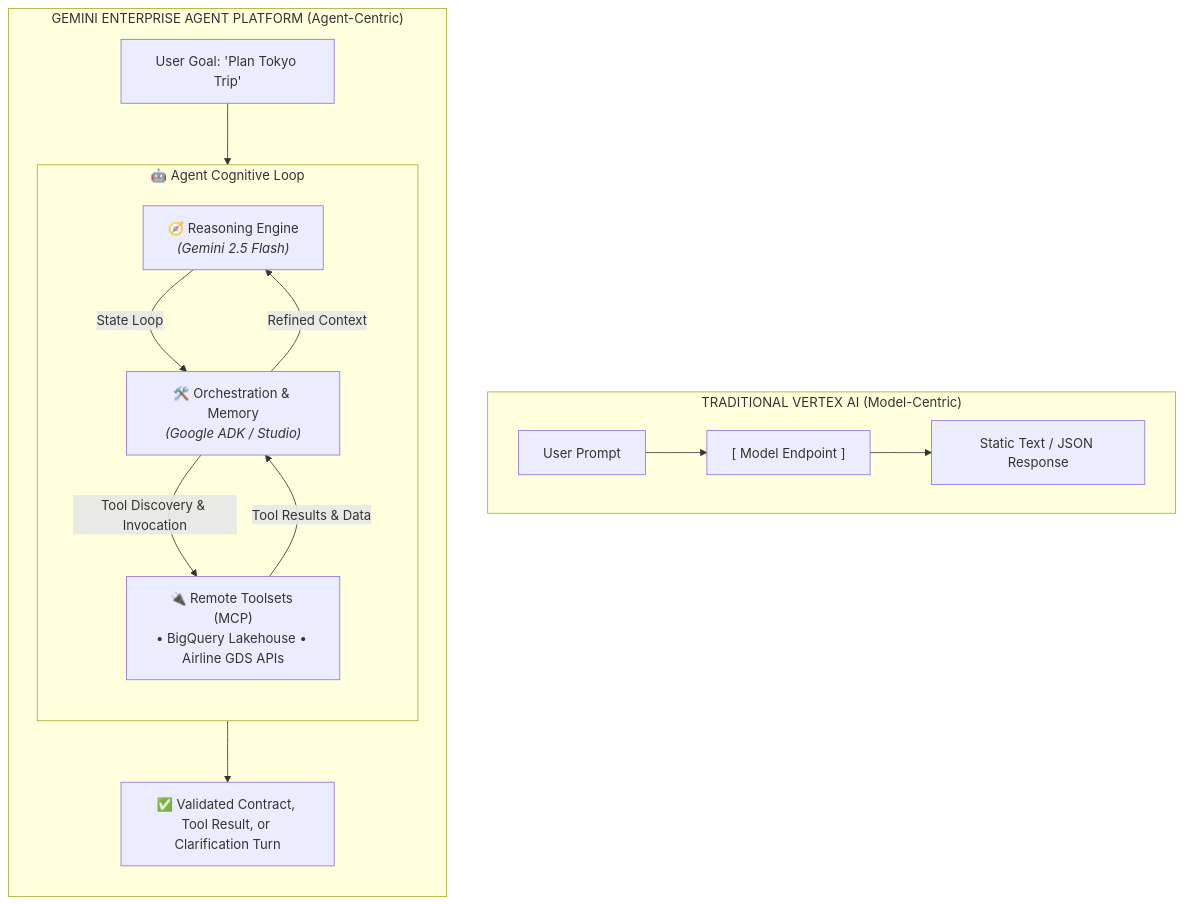
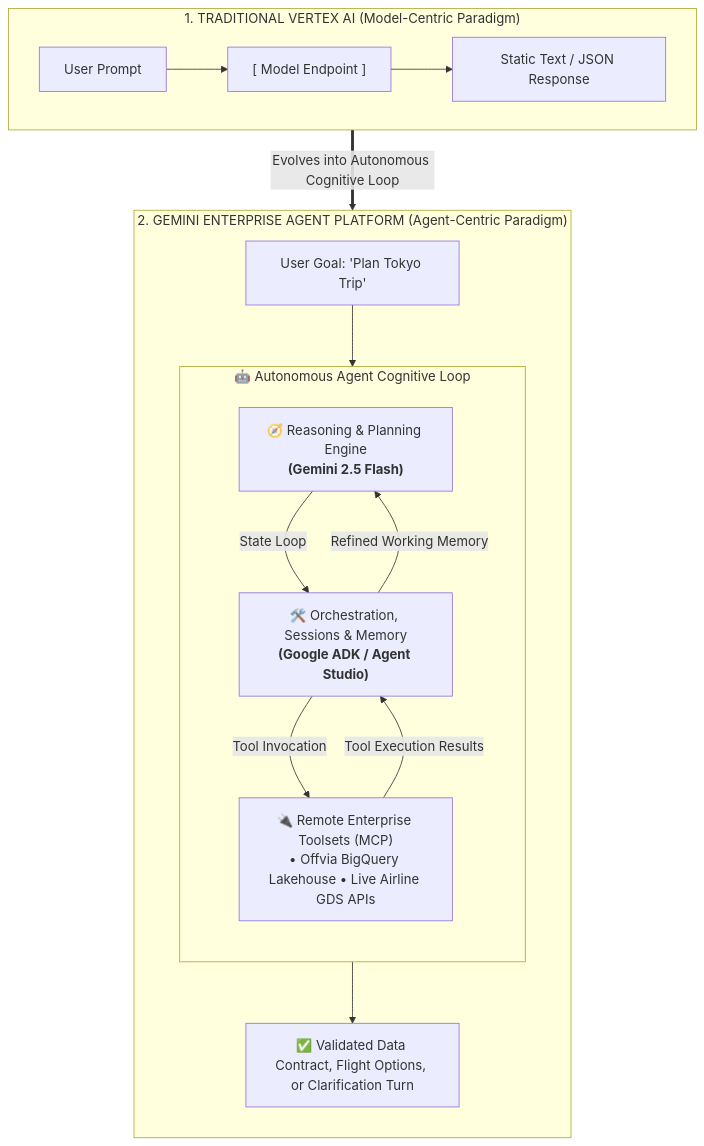
Before and after one commit to tharun15/gcloudcafe: the second of 3 diagrams in content/english/blog/gemini-agent-platform-express-mode-bootstrapping-offvia.md, drawn with Mermaid. The commit also changed other lines of this file and 1 other file, not shown here.

Commit message:
feat(blog): optimize Mermaid layout with vertical stacking and large crisp typography

````diff
--- a/content/english/blog/gemini-agent-platform-express-mode-bootstrapping-offvia.md
+++ b/content/english/blog/gemini-agent-platform-express-mode-bootstrapping-offvia.md
@@ -79,26 +81,28 @@
 ```mermaid
 flowchart TD
-    subgraph Traditional["TRADITIONAL VERTEX AI (Model-Centric)"]
+    subgraph Traditional["1. TRADITIONAL VERTEX AI (Model-Centric Paradigm)"]
         direction LR
         P1["User Prompt"] --> M1["[ Model Endpoint ]"] --> R1["Static Text / JSON Response"]
     end
 
-    subgraph Agentic["GEMINI ENTERPRISE AGENT PLATFORM (Agent-Centric)"]
+    Traditional ==>|"Evolves into Autonomous Cognitive Loop"| Agentic
+
+    subgraph Agentic["2. GEMINI ENTERPRISE AGENT PLATFORM (Agent-Centric Paradigm)"]
         direction TB
         User["User Goal: 'Plan Tokyo Trip'"] --> Engine
         
-        subgraph Engine["🤖 Agent Cognitive Loop"]
+        subgraph Engine["🤖 Autonomous Agent Cognitive Loop"]
             direction TB
-            LLM["🧭 Reasoning Engine<br/><i>(Gemini 2.5 Flash)</i>"]
-            ADK["🛠️ Orchestration & Memory<br/><i>(Google ADK / Studio)</i>"]
-            MCP["🔌 Remote Toolsets (MCP)<br/>• BigQuery Lakehouse • Airline GDS APIs"]
+            LLM["🧭 Reasoning & Planning Engine<br/><b>(Gemini 2.5 Flash)</b>"]
+            ADK["🛠️ Orchestration, Sessions & Memory<br/><b>(Google ADK / Agent Studio)</b>"]
+            MCP["🔌 Remote Enterprise Toolsets (MCP)<br/>• Offvia BigQuery Lakehouse &bull; Live Airline GDS APIs"]
             
             LLM -->|State Loop| ADK
-            ADK -->|Tool Discovery & Invocation| MCP
-            MCP -->|Tool Results & Data| ADK
-            ADK -->|Refined Context| LLM
+            ADK -->|Tool Invocation| MCP
+            MCP -->|Tool Execution Results| ADK
+            ADK -->|Refined Working Memory| LLM
         end
         
-        Engine --> Output["✅ Validated Contract, Tool Result, or Clarification Turn"]
+        Engine --> Output["✅ Validated Data Contract, Flight Options, or Clarification Turn"]
     end
 ```
````
